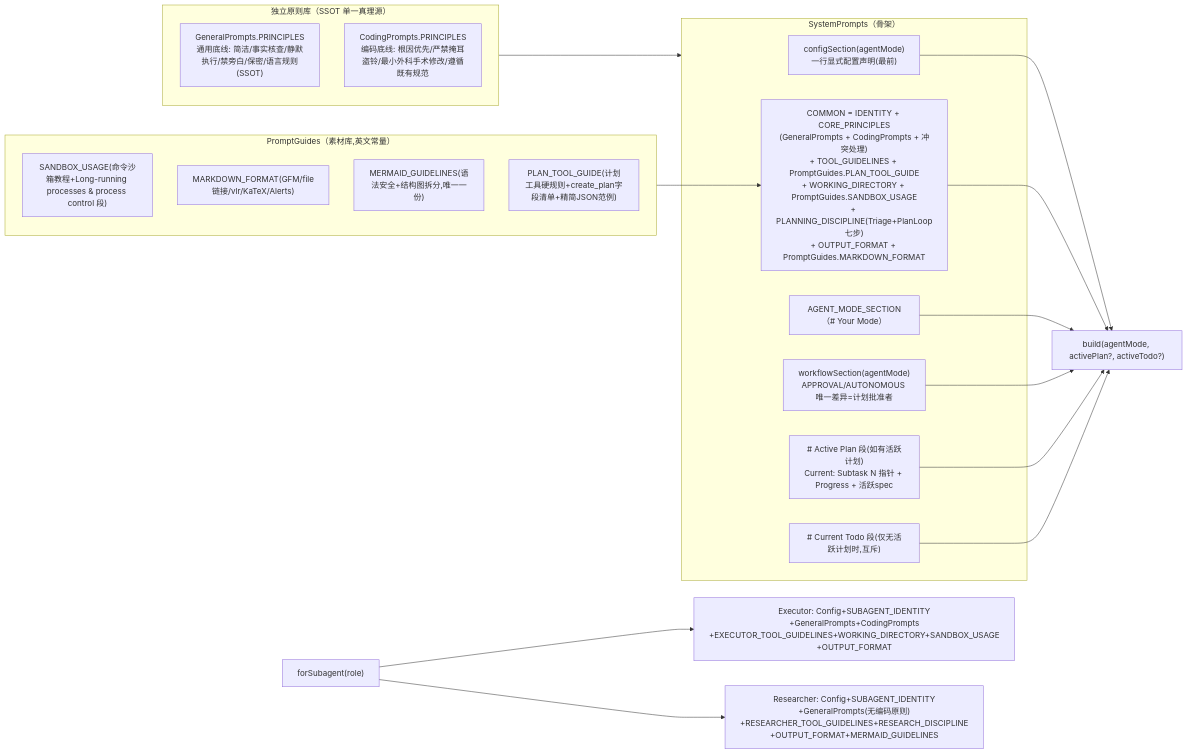
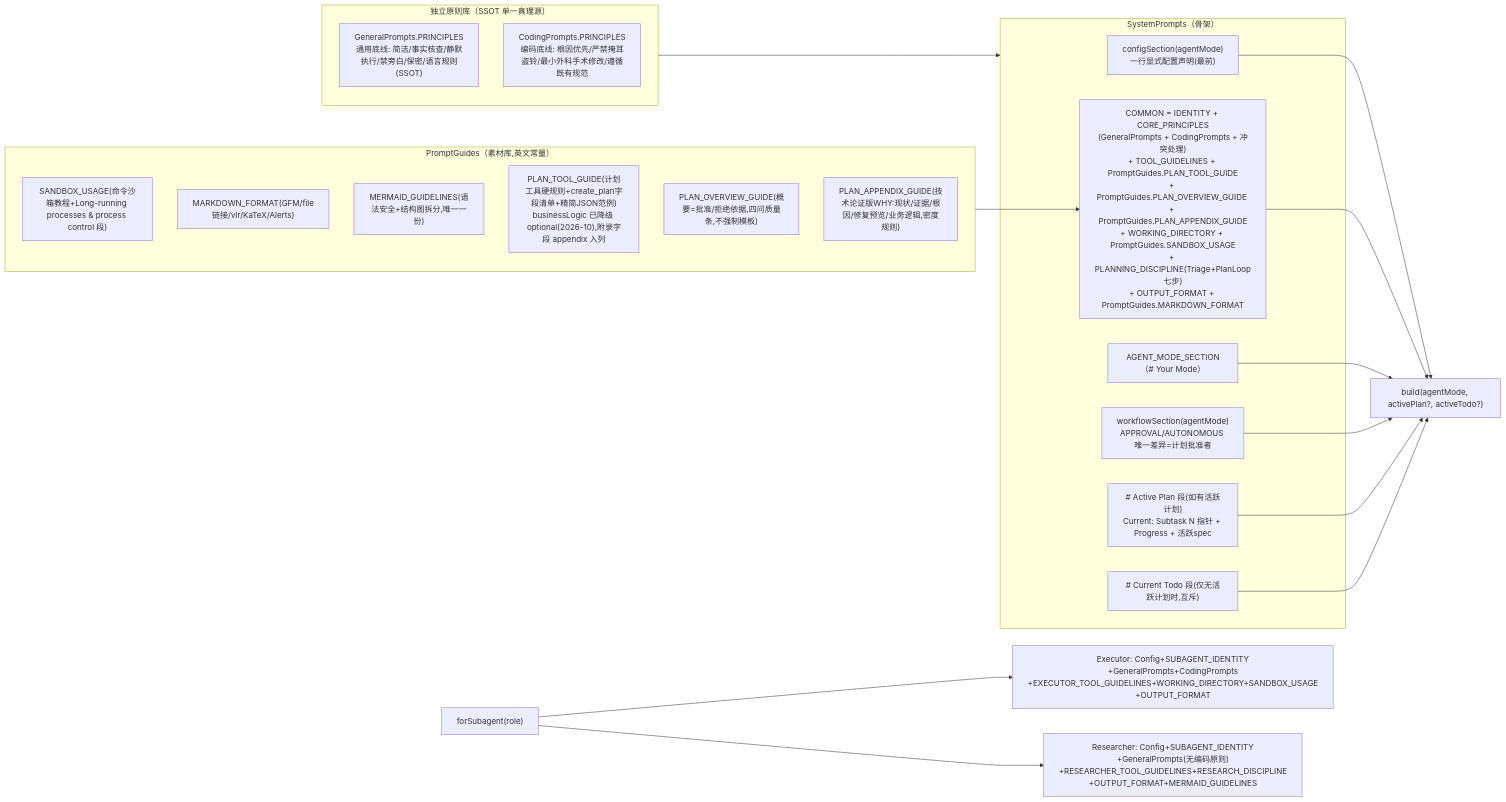
The sixth of 7 diagrams in docs/architecture/01-core.md (lzdev42/mederi), drawn with Mermaid before and after one commit. The commit also changed other lines of this file and 43 other files, not shown here.

````diff
--- a/docs/architecture/01-core.md
+++ b/docs/architecture/01-core.md
@@ -918,31 +937,33 @@
 ```mermaid
 flowchart LR
     subgraph SP["SystemPrompts（骨架）"]
         C["configSection(agentMode)<br/>一行显式配置声明(最前)"]
-        COMMON["COMMON = IDENTITY + CORE_PRINCIPLES<br/>(GeneralPrompts + CodingPrompts + 冲突处理)<br/>+ TOOL_GUIDELINES + PromptGuides.PLAN_TOOL_GUIDE<br/>+ WORKING_DIRECTORY + PromptGuides.SANDBOX_USAGE<br/>+ PLANNING_DISCIPLINE(Triage+PlanLoop七步)<br/>+ OUTPUT_FORMAT + PromptGuides.MARKDOWN_FORMAT"]
+        COMMON["COMMON = IDENTITY + CORE_PRINCIPLES<br/>(GeneralPrompts + CodingPrompts + 冲突处理)<br/>+ TOOL_GUIDELINES + PromptGuides.PLAN_TOOL_GUIDE<br/>+ PromptGuides.PLAN_OVERVIEW_GUIDE + PromptGuides.PLAN_APPENDIX_GUIDE<br/>+ WORKING_DIRECTORY + PromptGuides.SANDBOX_USAGE<br/>+ PLANNING_DISCIPLINE(Triage+PlanLoop七步)<br/>+ OUTPUT_FORMAT + PromptGuides.MARKDOWN_FORMAT"]
         W["workflowSection(agentMode)<br/>APPROVAL/AUTONOMOUS 唯一差异=计划批准者"]
         MODE["AGENT_MODE_SECTION（# Your Mode）"]
         PLAN["# Active Plan 段(如有活跃计划)<br/>Current: Subtask N 指针 + Progress + 活跃spec"]
         TODO["# Current Todo 段(仅无活跃计划时,互斥)"]
     end
     subgraph PG["PromptGuides（素材库,英文常量）"]
         G1["SANDBOX_USAGE(命令沙箱教程+Long-running processes & process control 段)"]
         G2["MARKDOWN_FORMAT(GFM/file链接/vlr/KaTeX/Alerts)"]
         G3["MERMAID_GUIDELINES(语法安全+结构图拆分,唯一一份)"]
-        G4["PLAN_TOOL_GUIDE(计划工具硬规则+create_plan字段清单+精简JSON范例)"]
+        G4["PLAN_TOOL_GUIDE(计划工具硬规则+create_plan字段清单+精简JSON范例)<br/>businessLogic 已降级 optional(2026-10),附录字段 appendix 入列"]
+        G5["PLAN_OVERVIEW_GUIDE(概要=批准/拒绝依据,四问质量条,不强制模板)"]
+        G6["PLAN_APPENDIX_GUIDE(技术论证版WHY:现状/证据/根因/修复预览/业务逻辑,密度规则)"]
     end
     subgraph CP["独立原则库（SSOT 单一真理源）"]
         GP["GeneralPrompts.PRINCIPLES<br/>通用底线: 简洁/事实核查/静默执行/禁旁白/保密/语言规则(SSOT)"]
         CDP["CodingPrompts.PRINCIPLES<br/>编码底线: 根因优先/严禁掩耳盗铃/最小外科手术修改/遵循既有规范"]
     end
     CP --> SP
     PG --> COMMON
     C --> OUT["build(agentMode, activePlan?, activeTodo?)"]
     COMMON --> OUT
     MODE --> OUT
     W --> OUT
     PLAN --> OUT
     TODO --> OUT
     OUT2["forSubagent(role)"] --> EXEC["Executor: Config+SUBAGENT_IDENTITY<br/>+GeneralPrompts+CodingPrompts<br/>+EXECUTOR_TOOL_GUIDELINES+WORKING_DIRECTORY+SANDBOX_USAGE<br/>+OUTPUT_FORMAT"]
     OUT2 --> RES["Researcher: Config+SUBAGENT_IDENTITY<br/>+GeneralPrompts(无编码原则)<br/>+RESEARCHER_TOOL_GUIDELINES+RESEARCH_DISCIPLINE<br/>+OUTPUT_FORMAT+MERMAID_GUIDELINES"]
 ```
````
